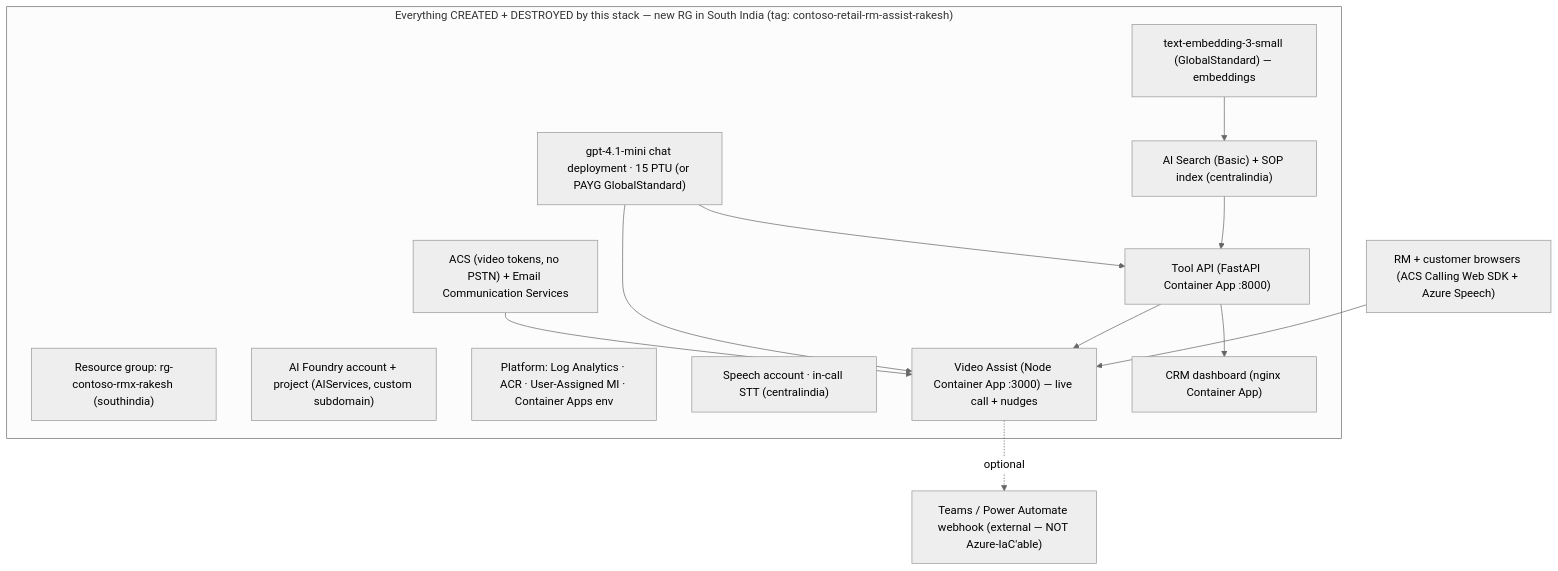
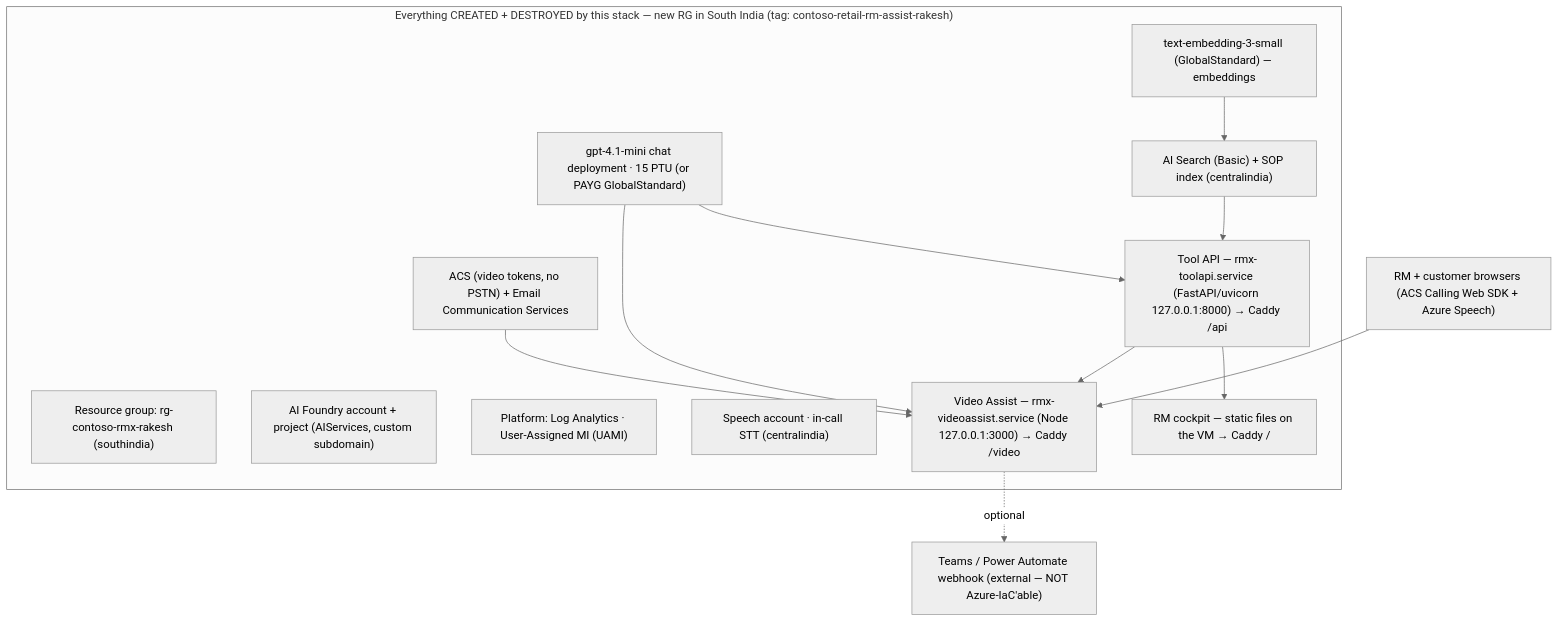
Before and after one commit to hrshl-demo/contoso-retail-acs-rm-assist-videocall: the diagram in TECHNICAL_HANDOVER.md, drawn with Mermaid (neutral theme). The commit also changed other lines of this file and 4 other files, not shown here.

````diff
--- a/TECHNICAL_HANDOVER.md
+++ b/TECHNICAL_HANDOVER.md
@@ -148,29 +172,29 @@
 ```mermaid
 flowchart TB
   subgraph Created["Everything CREATED + DESTROYED by this stack — new RG in South India (tag: contoso-retail-rm-assist-rakesh)"]
     RG["Resource group: rg-contoso-rmx-rakesh (southindia)"]
     FND["AI Foundry account + project (AIServices, custom subdomain)"]
     CHAT["gpt-4.1-mini chat deployment · 15 PTU (or PAYG GlobalStandard)"]
     EMB["text-embedding-3-small (GlobalStandard) — embeddings"]
-    PLAT["Platform: Log Analytics · ACR · User-Assigned MI · Container Apps env"]
+    PLAT["Platform: Log Analytics · User-Assigned MI (UAMI)"]
     SRCH["AI Search (Basic) + SOP index (centralindia)"]
     ACS["ACS (video tokens, no PSTN) + Email Communication Services"]
     SPCH["Speech account · in-call STT (centralindia)"]
-    TOOL["Tool API (FastAPI Container App :8000)"]
-    CRM["CRM dashboard (nginx Container App)"]
-    VA["Video Assist (Node Container App :3000) — live call + nudges"]
+    TOOL["Tool API — rmx-toolapi.service (FastAPI/uvicorn 127.0.0.1:8000) → Caddy /api"]
+    CRM["RM cockpit — static files on the VM → Caddy /"]
+    VA["Video Assist — rmx-videoassist.service (Node 127.0.0.1:3000) → Caddy /video"]
   end
 
   EXT["Teams / Power Automate webhook (external — NOT Azure-IaC'able)"]
   BROWSER["RM + customer browsers (ACS Calling Web SDK + Azure Speech)"]
 
   CHAT --> TOOL
   EMB --> SRCH
   SRCH --> TOOL
   TOOL --> CRM
   TOOL --> VA
   CHAT --> VA
   BROWSER --> VA
   ACS --> VA
   VA -. optional .-> EXT
 ```
````
